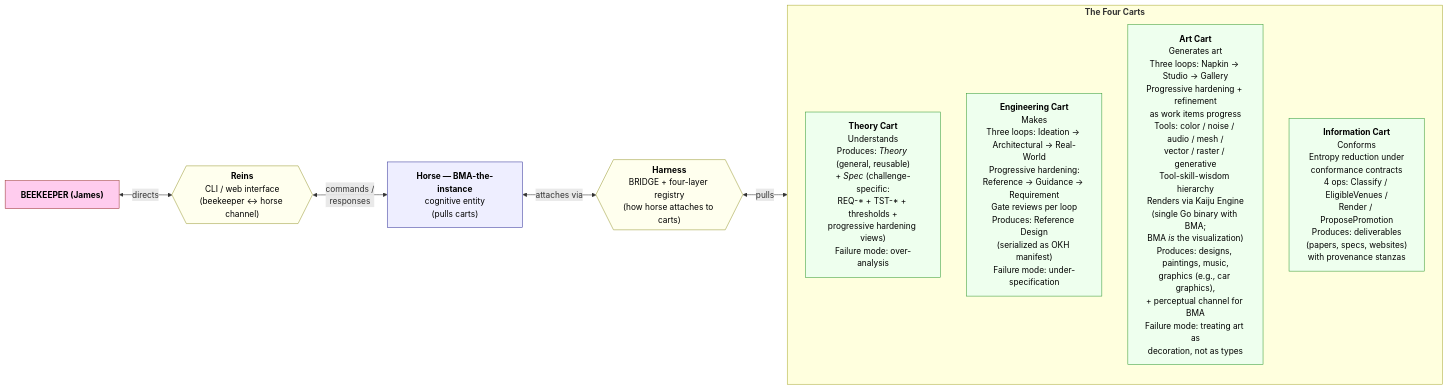
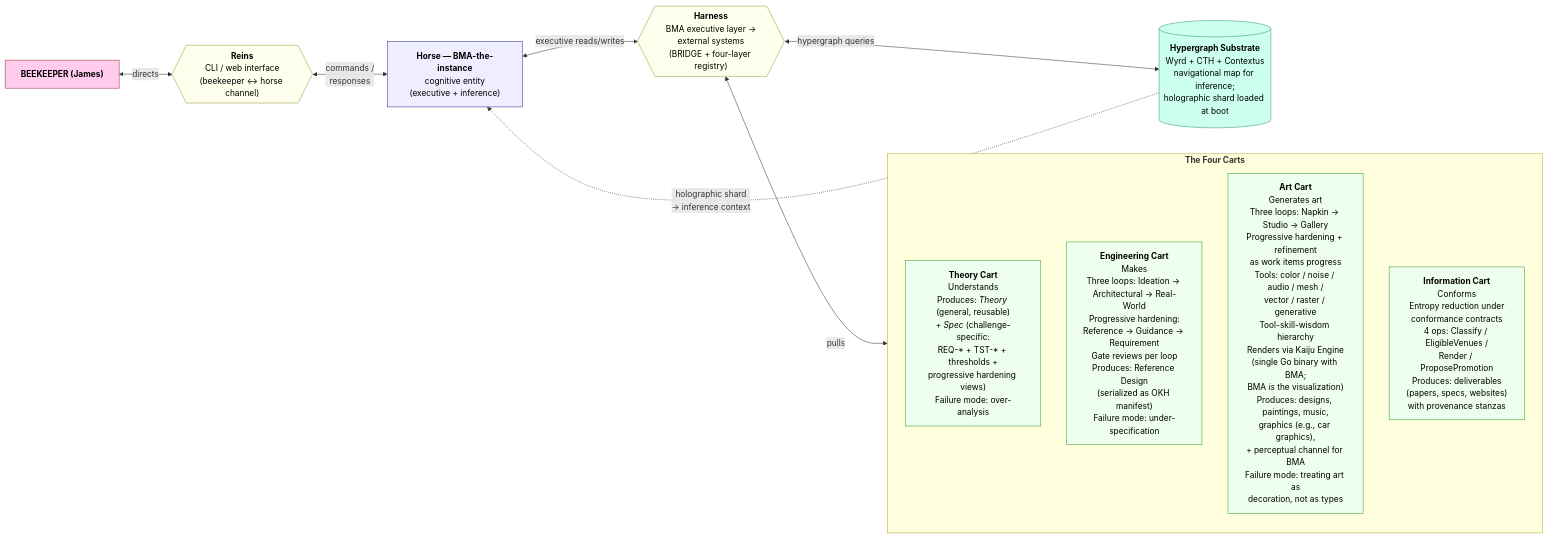
One commit to JamesPagetButler/inter changed the first of 11 diagrams in workspace-phase-architecture.md. Above: the diagram before and after it, drawn with Mermaid. The commit also changed other lines of this file and 1 other file, not shown here.

First line of the commit message:
docs(arch+roadmap): Sprint 3 scope — Reins/Harness/Capabilities separation + hypergraph substrate layer

````diff
--- a/workspace-phase-architecture.md
+++ b/workspace-phase-architecture.md
@@ -30,29 +30,35 @@
 ```mermaid
 flowchart LR
     BK["<b>BEEKEEPER (James)</b>"]
     R{{"<b>Reins</b><br/>CLI / web interface<br/>(beekeeper ↔ horse channel)"}}
-    H["<b>Horse — BMA-the-instance</b><br/>cognitive entity<br/>(pulls carts)"]
-    HR{{"<b>Harness</b><br/>BRIDGE + four-layer registry<br/>(how horse attaches to carts)"}}
+    H["<b>Horse — BMA-the-instance</b><br/>cognitive entity<br/>(executive + inference)"]
+    HR{{"<b>Harness</b><br/>BMA executive layer →<br/>external systems<br/>(BRIDGE + four-layer registry)"}}
+
+    HS[("<b>Hypergraph Substrate</b><br/>Wyrd + CTH + Contextus<br/>navigational map for inference;<br/>holographic shard loaded at boot")]
 
     subgraph Carts["<b>The Four Carts</b>"]
         direction TB
         TC["<b>Theory Cart</b><br/>Understands<br/>Produces: <i>Theory</i> (general, reusable)<br/>+ <i>Spec</i> (challenge-specific:<br/>REQ-* + TST-* + thresholds +<br/>progressive hardening views)<br/>Failure mode: over-analysis"]
         EC["<b>Engineering Cart</b><br/>Makes<br/>Three loops: Ideation → Architectural → Real-World<br/>Progressive hardening:<br/>Reference → Guidance → Requirement<br/>Gate reviews per loop<br/>Produces: Reference Design<br/>(serialized as OKH manifest)<br/>Failure mode: under-specification"]
         AC["<b>Art Cart</b><br/>Generates art<br/>Three loops: Napkin → Studio → Gallery<br/>Progressive hardening + refinement<br/>as work items progress<br/>Tools: color / noise / audio / mesh /<br/>vector / raster / generative<br/>Tool-skill-wisdom hierarchy<br/>Renders via Kaiju Engine<br/>(single Go binary with BMA;<br/>BMA <i>is</i> the visualization)<br/>Produces: designs, paintings, music,<br/>graphics (e.g., car graphics),<br/>+ perceptual channel for BMA<br/>Failure mode: treating art as<br/>decoration, not as types"]
         IC["<b>Information Cart</b><br/>Conforms<br/>Entropy reduction under<br/>conformance contracts<br/>4 ops: Classify / EligibleVenues /<br/>Render / ProposePromotion<br/>Produces: deliverables<br/>(papers, specs, websites)<br/>with provenance stanzas"]
     end
 
     BK <-->|directs| R
     R <-->|commands /<br/>responses| H
-    H <-->|attaches via| HR
+    H <-->|executive reads/writes| HR
+    HR <-->|hypergraph queries| HS
     HR <-->|pulls| Carts
+    HS -.->|holographic shard<br/>→ inference context| H
 
     classDef bk fill:#fce,stroke:#933,color:#000
     classDef channel fill:#ffe,stroke:#993,color:#000
     classDef horse fill:#eef,stroke:#339,color:#000
     classDef cart fill:#efe,stroke:#393,color:#000
+    classDef substrate fill:#cfe,stroke:#396,color:#000
     class BK bk
     class R,HR channel
     class H horse
     class TC,EC,AC,IC cart
+    class HS substrate
 ```
````
